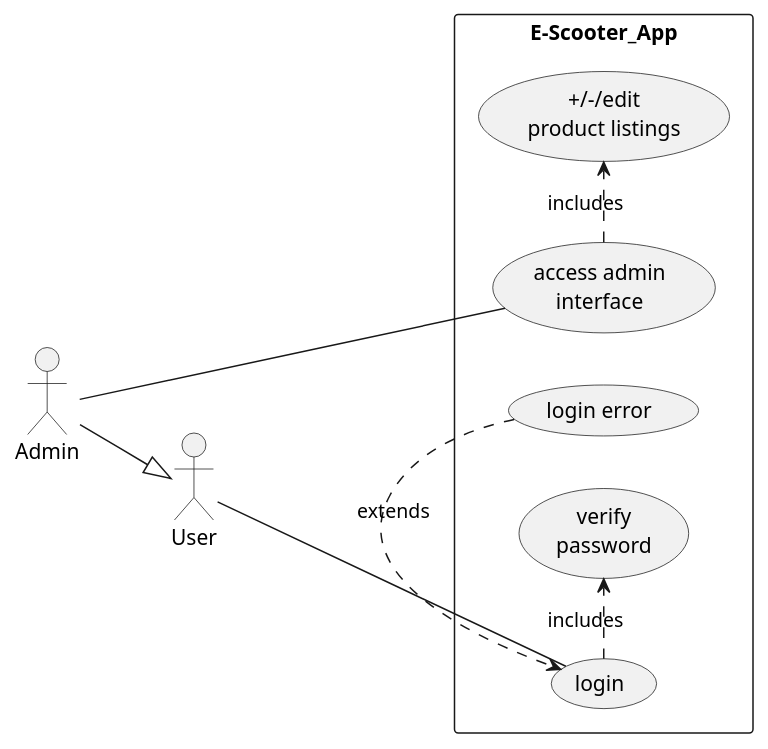
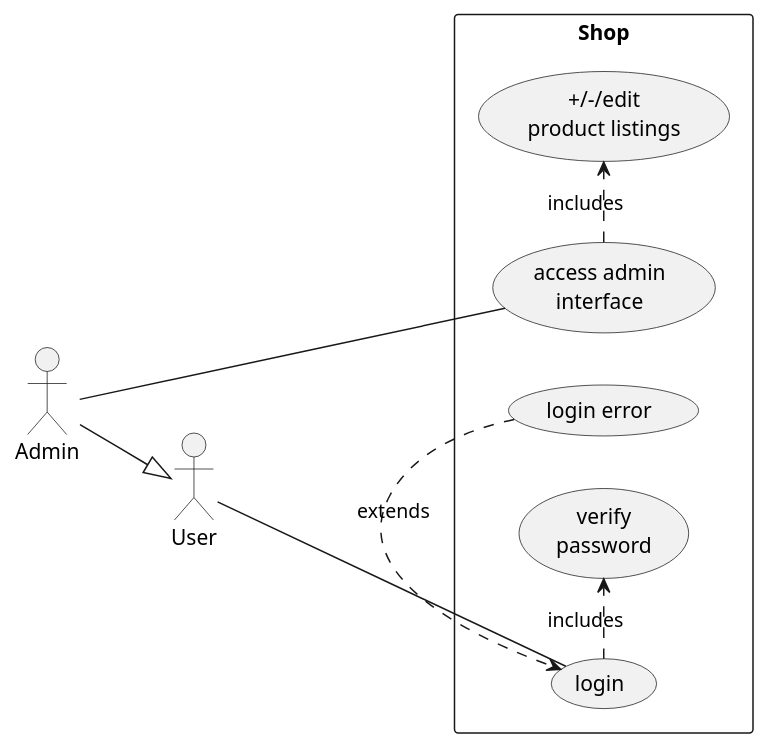
Before and after one commit to DanApollo/multiverseEndProject: the first of 2 diagrams in diagrams/diagrams.plantuml, drawn with PlantUML. The commit also changed other lines of this file, not shown here.

Commit message:
sequence

```diff
--- a/diagrams/diagrams.plantuml
+++ b/diagrams/diagrams.plantuml
@@ -1,18 +1,18 @@
 @startuml Usecase
 left to right direction
 :User: as user
 :Admin: as adm   
 adm --|> user
-rectangle E-Scooter_App {
+rectangle Shop {
   (login) as li
   (verify\npassword) as vp
   (login error) as le
   (access admin\ninterface) as aai
   (+/-/edit\nproduct listings) as arepl
   li .> vp : includes
   le .> li : extends
   aai .> arepl : includes
 }
 user --- li
 adm ---- aai
 @enduml
```
